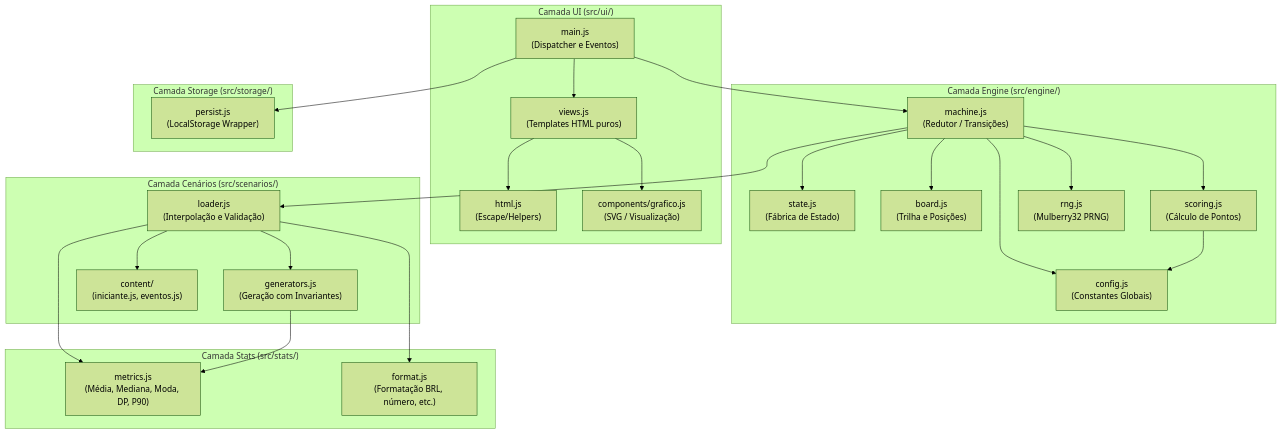
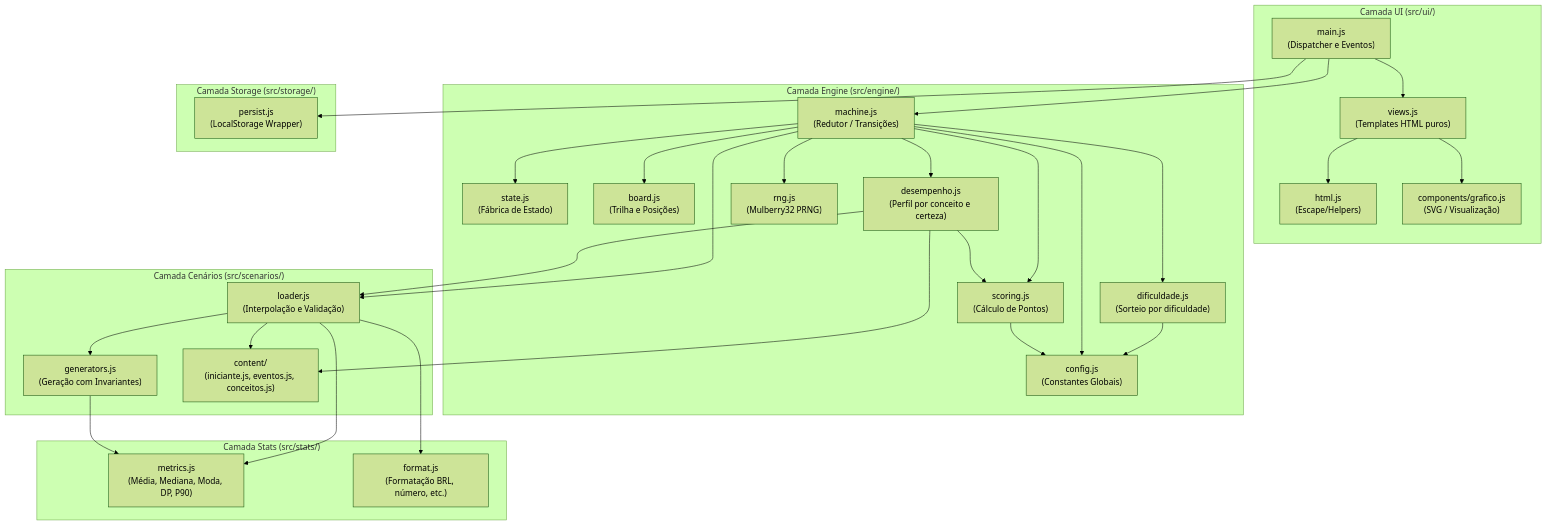
One commit to luiz2801/RFisher changed the fourth of 4 diagrams in docs/diagramas-uml.md. Above: the diagram before and after it, drawn with Mermaid (forest theme). The commit also changed other lines of this file and 26 other files, not shown here.

First line of the commit message:
feat: adicionando desempenho, dificuldade, conceitos e testes

````diff
--- a/docs/diagramas-uml.md
+++ b/docs/diagramas-uml.md
@@ -245,55 +260,63 @@
 ```mermaid
 graph TD
     subgraph UI_Layer["Camada UI (src/ui/)"]
         MAIN["main.js<br/>(Dispatcher e Eventos)"]
         VIEWS["views.js<br/>(Templates HTML puros)"]
         HTML["html.js<br/>(Escape/Helpers)"]
         GRAFICO["components/grafico.js<br/>(SVG / Visualização)"]
     end
 
     subgraph Engine_Layer["Camada Engine (src/engine/)"]
         MACHINE["machine.js<br/>(Redutor / Transições)"]
         STATE["state.js<br/>(Fábrica de Estado)"]
         BOARD["board.js<br/>(Trilha e Posições)"]
+        DIFICULDADE["dificuldade.js<br/>(Sorteio por dificuldade)"]
         SCORING["scoring.js<br/>(Cálculo de Pontos)"]
+        DESEMPENHO["desempenho.js<br/>(Perfil por conceito e certeza)"]
         RNG["rng.js<br/>(Mulberry32 PRNG)"]
         CONFIG["config.js<br/>(Constantes Globais)"]
     end
 
     subgraph Scenarios_Layer["Camada Cenários (src/scenarios/)"]
         LOADER["loader.js<br/>(Interpolação e Validação)"]
         GENERATORS["generators.js<br/>(Geração com Invariantes)"]
-        CONTENT["content/<br/>(iniciante.js, eventos.js)"]
+        CONTENT["content/<br/>(iniciante.js, eventos.js, conceitos.js)"]
     end
 
     subgraph Stats_Layer["Camada Stats (src/stats/)"]
         METRICS["metrics.js<br/>(Média, Mediana, Moda, DP, P90)"]
         FORMAT["format.js<br/>(Formatação BRL, número, etc.)"]
     end
 
     subgraph Storage_Layer["Camada Storage (src/storage/)"]
         PERSIST["persist.js<br/>(LocalStorage Wrapper)"]
     end
 
     %% Relações
     MAIN --> MACHINE
     MAIN --> VIEWS
     MAIN --> PERSIST
     VIEWS --> GRAFICO
     VIEWS --> HTML
 
     MACHINE --> STATE
     MACHINE --> BOARD
+    MACHINE --> DIFICULDADE
+    DIFICULDADE --> CONFIG
     MACHINE --> SCORING
     MACHINE --> RNG
     MACHINE --> LOADER
     MACHINE --> CONFIG
+    MACHINE --> DESEMPENHO
+    DESEMPENHO --> SCORING
+    DESEMPENHO --> LOADER
+    DESEMPENHO --> CONTENT
 
     LOADER --> GENERATORS
     LOADER --> CONTENT
     LOADER --> METRICS
     LOADER --> FORMAT
 
     GENERATORS --> METRICS
     SCORING --> CONFIG
 ```
````
